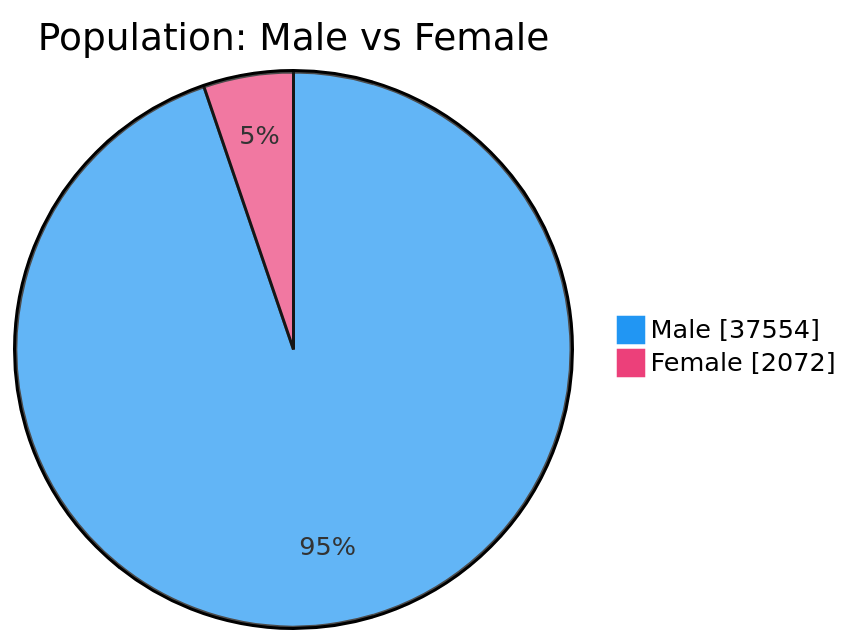
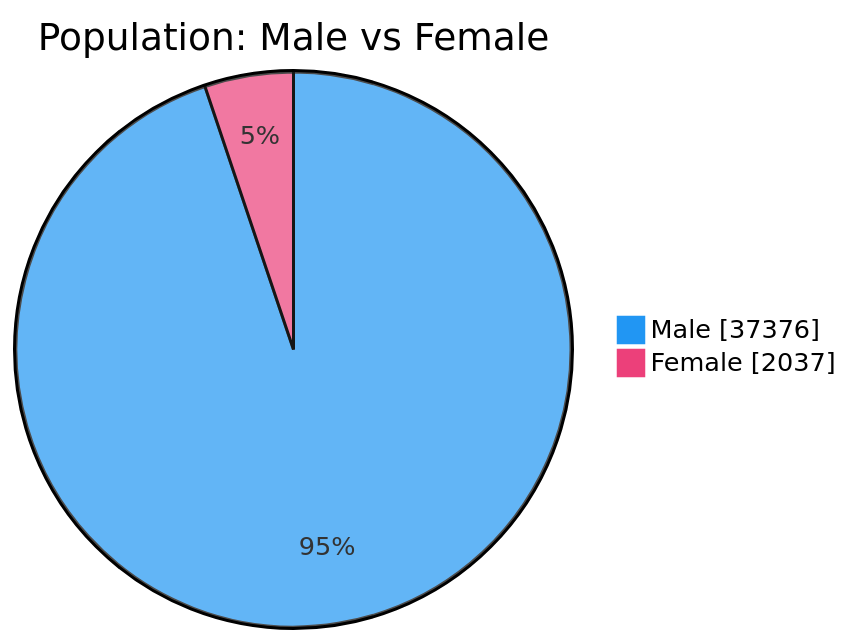
Before and after one commit to nuuuwan/lk_prisons: the second of 7 diagrams in README.md, drawn with Mermaid. The commit also changed other lines of this file and 1 other file, not shown here.

````diff
--- a/README.md
+++ b/README.md
@@ -54,6 +54,6 @@
 ```mermaid
 %%{init: {'themeVariables': {'pie1': '#2196F3', 'pie2': '#EC407A'}}}%%
 pie showData title Population: Male vs Female
-    "Male" : 37554
-    "Female" : 2072
+    "Male" : 37376
+    "Female" : 2037
 ```
````
